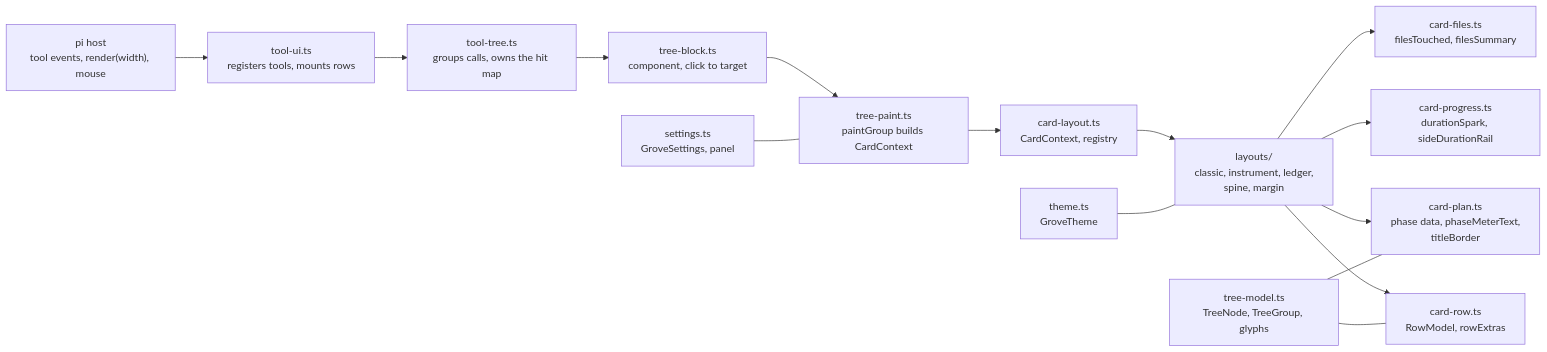
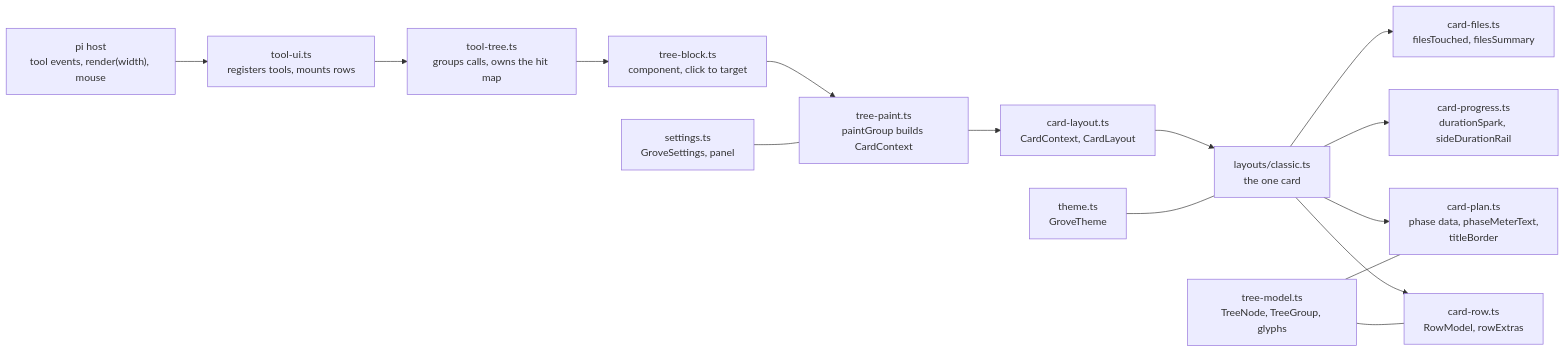
Before and after one commit to Gendyyy/pi-grove: the first of 2 diagrams in docs/architecture.md, drawn with Mermaid. The commit also changed other lines of this file and 39 other files, not shown here.

First line of the commit message:
feat: breathe one mark on a shared clock and keep only the classic card

````diff
--- a/docs/architecture.md
+++ b/docs/architecture.md
@@ -9,17 +9,17 @@
 ```mermaid
 flowchart LR
     HOST["pi host<br/>tool events, render(width), mouse"] --> UI["tool-ui.ts<br/>registers tools, mounts rows"]
     UI --> TT["tool-tree.ts<br/>groups calls, owns the hit map"]
     TT --> TB["tree-block.ts<br/>component, click to target"]
     TB --> TP["tree-paint.ts<br/>paintGroup builds CardContext"]
-    TP --> CL["card-layout.ts<br/>CardContext, registry"]
-    CL --> LY["layouts/<br/>classic, instrument, ledger,<br/>spine, margin"]
+    TP --> CL["card-layout.ts<br/>CardContext, CardLayout"]
+    CL --> LY["layouts/classic.ts<br/>the one card"]
     LY --> ROW["card-row.ts<br/>RowModel, rowExtras"]
     LY --> PROG["card-progress.ts<br/>durationSpark, sideDurationRail"]
     LY --> PLAN["card-plan.ts<br/>phase data, phaseMeterText,<br/>titleBorder"]
     LY --> FILES["card-files.ts<br/>filesTouched, filesSummary"]
     MODEL["tree-model.ts<br/>TreeNode, TreeGroup, glyphs"] --- ROW
     MODEL --- PLAN
     SET["settings.ts<br/>GroveSettings, panel"] --- TP
     THEME["theme.ts<br/>GroveTheme"] --- LY
 ```
````
